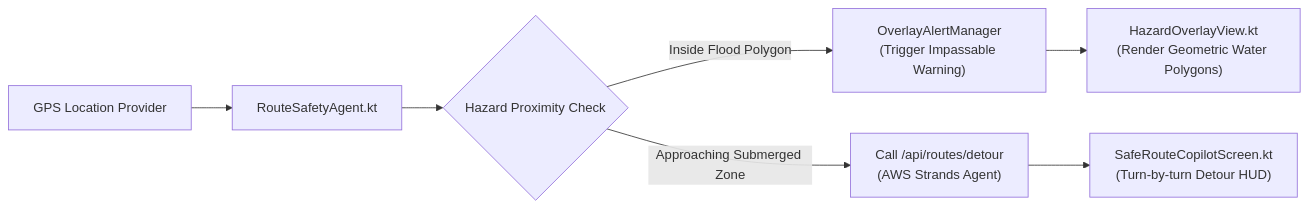
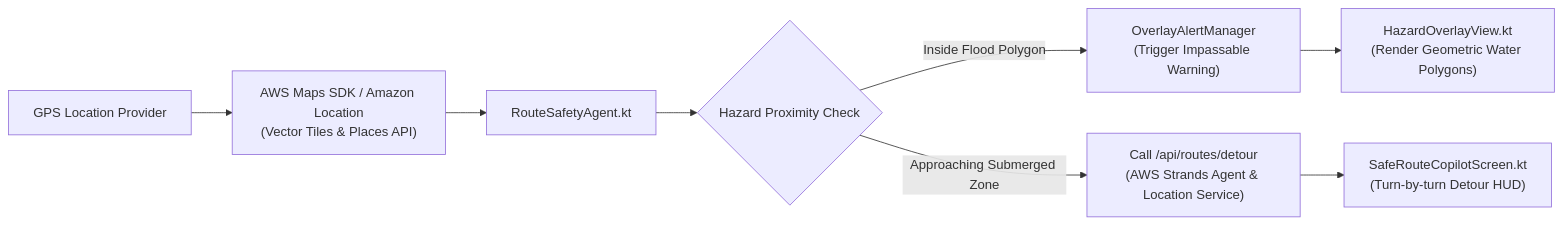
Before and after one commit to hehemohit/Zero_Grid: the second of 7 diagrams in README.md, drawn with Mermaid. The commit also changed other lines of this file and 2 other files, not shown here.

````diff
--- a/README.md
+++ b/README.md
@@ -408,11 +411,12 @@
 ```mermaid
 flowchart LR
-    GPS["GPS Location Provider"] --> Agent["RouteSafetyAgent.kt"]
+    GPS["GPS Location Provider"] --> AWSMaps["AWS Maps SDK / Amazon Location<br/>(Vector Tiles & Places API)"]
+    AWSMaps --> Agent["RouteSafetyAgent.kt"]
     Agent --> Check{"Hazard Proximity Check"}
     
     Check -->|Inside Flood Polygon| Alert["OverlayAlertManager<br/>(Trigger Impassable Warning)"]
-    Check -->|Approaching Submerged Zone| Detour["Call /api/routes/detour<br/>(AWS Strands Agent)"]
+    Check -->|Approaching Submerged Zone| Detour["Call /api/routes/detour<br/>(AWS Strands Agent & Location Service)"]
     
     Detour --> HUD["SafeRouteCopilotScreen.kt<br/>(Turn-by-turn Detour HUD)"]
     Alert --> Canvas["HazardOverlayView.kt<br/>(Render Geometric Water Polygons)"]
 ```
````
